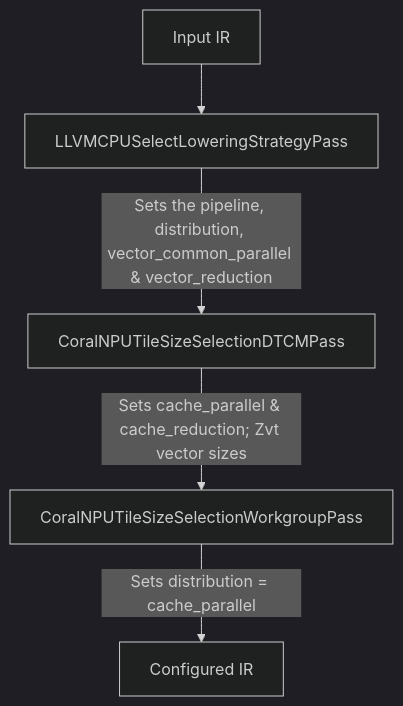
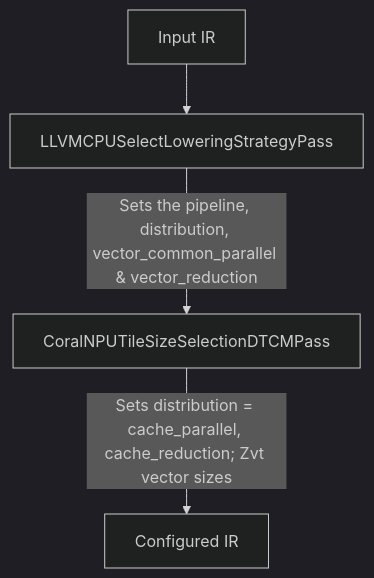
One commit to google-coral/coralnpu-compiler changed the first of 2 diagrams in docs/design/tiling_levels_explained.md. Above: the diagram before and after it, drawn with Mermaid (dark theme). The commit also changed other lines of this file and 15 other files, not shown here.

First line of the commit message:
[tiling] Consolidate DTCM and workgroup tile-size selection passes

````diff
--- a/docs/design/tiling_levels_explained.md
+++ b/docs/design/tiling_levels_explained.md
@@ -145,7 +150,6 @@
 ```mermaid
 graph TD
     Input[Input IR] --> Strategy[LLVMCPUSelectLoweringStrategyPass]
     Strategy -->|Sets the pipeline, distribution, vector_common_parallel & vector_reduction| DTCMPass[CoralNPUTileSizeSelectionDTCMPass]
-    DTCMPass -->|Sets cache_parallel & cache_reduction; Zvt vector sizes| WGPass[CoralNPUTileSizeSelectionWorkgroupPass]
-    WGPass -->|Sets distribution = cache_parallel| Output[Configured IR]
+    DTCMPass -->|Sets distribution = cache_parallel, cache_reduction; Zvt vector sizes| Output[Configured IR]
 ```
````
